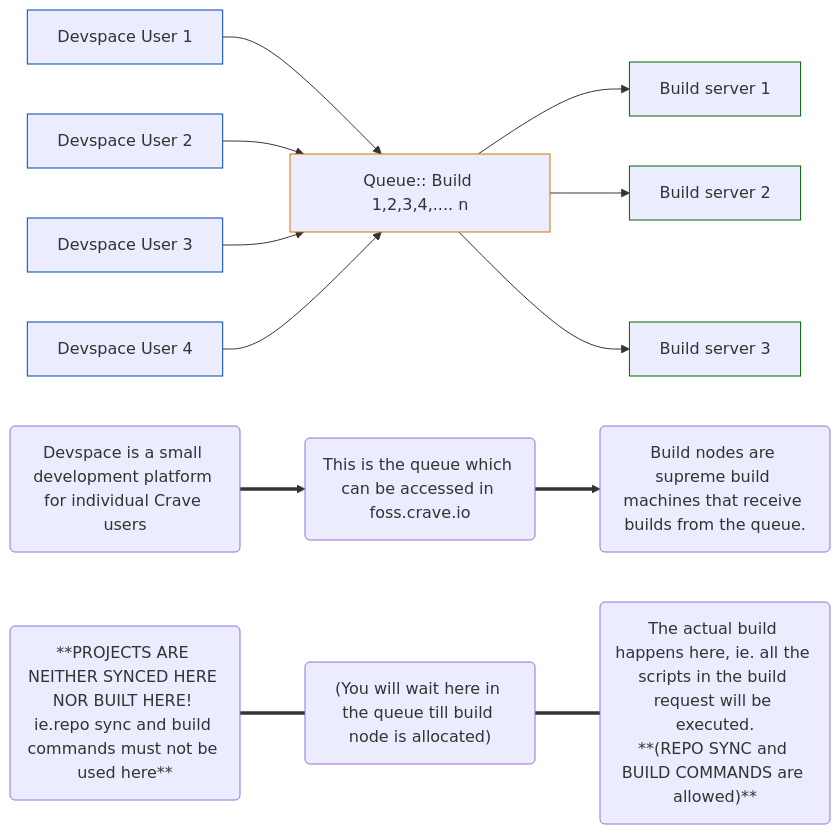
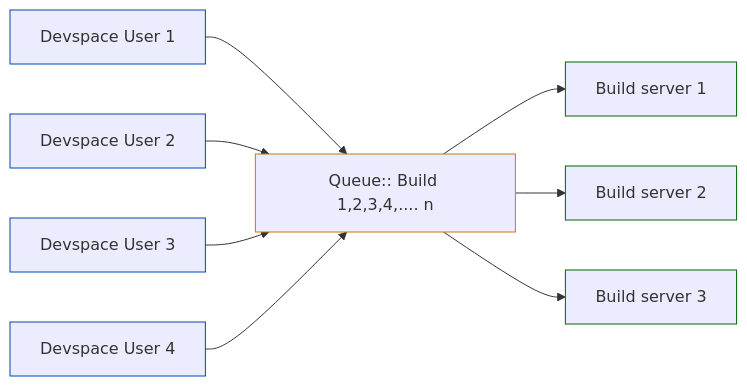
The diagram in getting-started/building-crave-run.md (FOSSonTop/crave), drawn with Mermaid before and after one commit. The commit also changed 3 other files, not shown here.

Commit message:
Diagrams: Try to reword and shorten

````diff
--- a/getting-started/building-crave-run.md
+++ b/getting-started/building-crave-run.md
@@ -10,34 +10,24 @@
 ```mermaid
 graph LR
     A[Devspace User 1] --> M
     B[Devspace User 2] --> M
     C[Devspace User 3] --> M
     D[Devspace User 4] --> M
 
     M[Queue:: Build 1,2,3,4,.... n]
 
     M --> E[Build server 1]
     M --> F[Build server 2]
     M --> G[Build server 3]
 
     style A stroke:#0047b3
     style B stroke:#0047b3
     style C stroke:#0047b3
     style D stroke:#0047b3
     
     style M stroke:#cc7a00
     
     style E stroke:#006600
     style F stroke:#006600
     style G stroke:#006600
-
-    P("Devspace is a small development platform for individual Crave users")
-    Q("This is the queue which can be accessed in foss.crave.io<br>")
-    R("Build nodes are supreme build machines that receive builds from the queue.")
-
-    S("**PROJECTS ARE NEITHER SYNCED HERE NOR BUILT HERE! ie.repo sync and build commands must not be used here**")
-    T("(You will wait here in the queue till build node is allocated)")
-    U("The actual build happens here, ie. all the scripts in the build request will be executed.<br>**(REPO SYNC and BUILD COMMANDS are allowed)**")
-    P ==> Q ==> R
-    S === T === U
 ```
````
